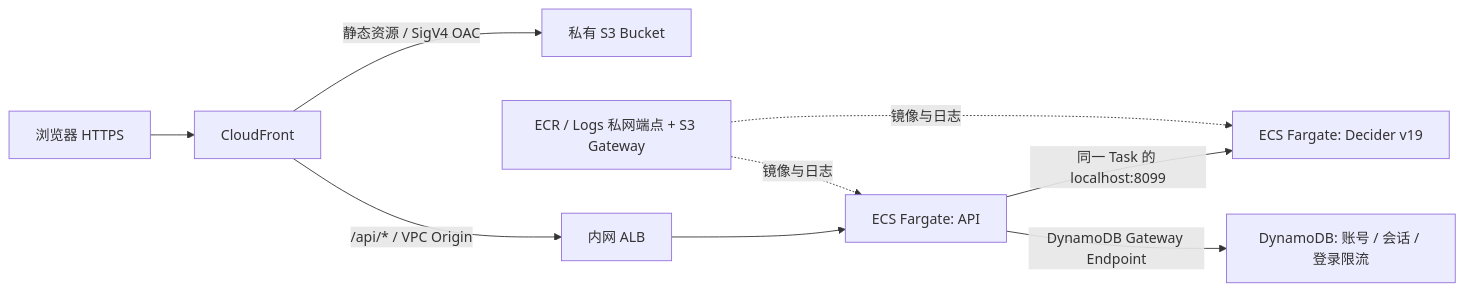
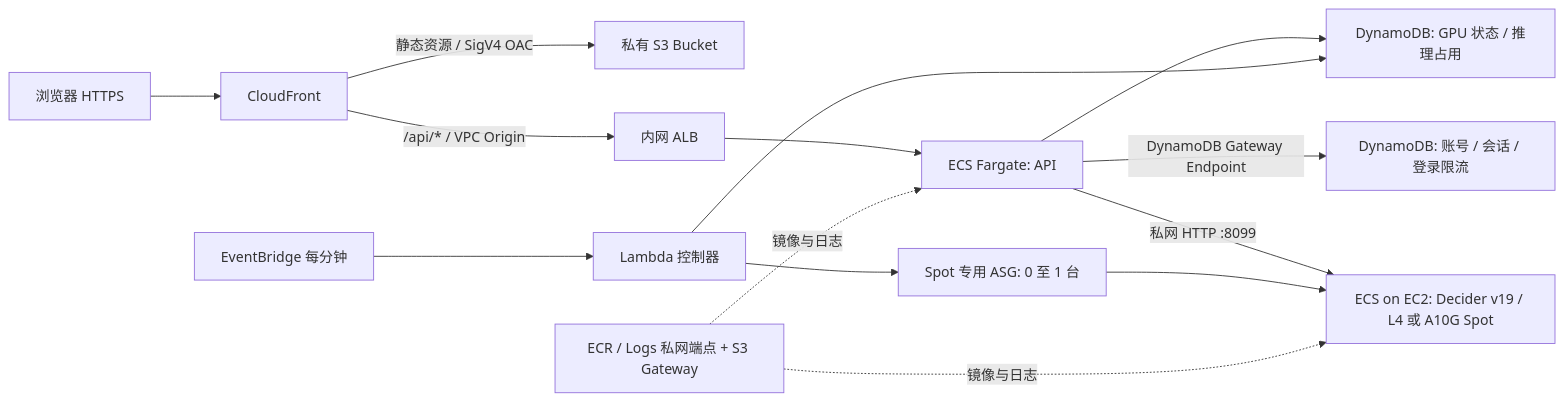
Before and after one commit to milan9527/StrandsDecider: the diagram in deployment/README.md, drawn with Mermaid. The commit also changed other lines of this file and 23 other files, not shown here.

Commit message:
Deploy Spot-only GPU lifecycle controls with automatic release

````diff
--- a/deployment/README.md
+++ b/deployment/README.md
@@ -7,11 +7,16 @@
 ```mermaid
 flowchart LR
     Browser[浏览器 HTTPS] --> CF[CloudFront]
     CF -->|静态资源 / SigV4 OAC| S3[私有 S3 Bucket]
     CF -->|/api/* / VPC Origin| ALB[内网 ALB]
     ALB --> API[ECS Fargate: API]
-    API -->|同一 Task 的 localhost:8099| Model[ECS Fargate: Decider v19]
+    API -->|私网 HTTP :8099| Model[ECS on EC2: Decider v19 / L4 或 A10G Spot]
     API -->|DynamoDB Gateway Endpoint| Auth[DynamoDB: 账号 / 会话 / 登录限流]
+    API --> State[DynamoDB: GPU 状态 / 推理占用]
+    Timer[EventBridge 每分钟] --> Controller[Lambda 控制器]
+    Controller --> State
+    Controller --> ASG[Spot 专用 ASG: 0 至 1 台]
+    ASG --> Model
     Endpoints[ECR / Logs 私网端点 + S3 Gateway] -.镜像与日志.-> API
     Endpoints -.镜像与日志.-> Model
 ```
````
